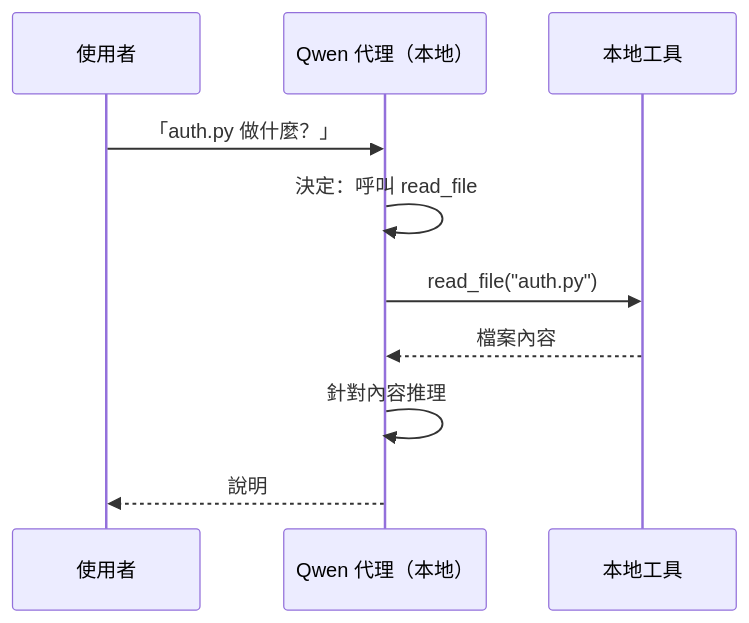
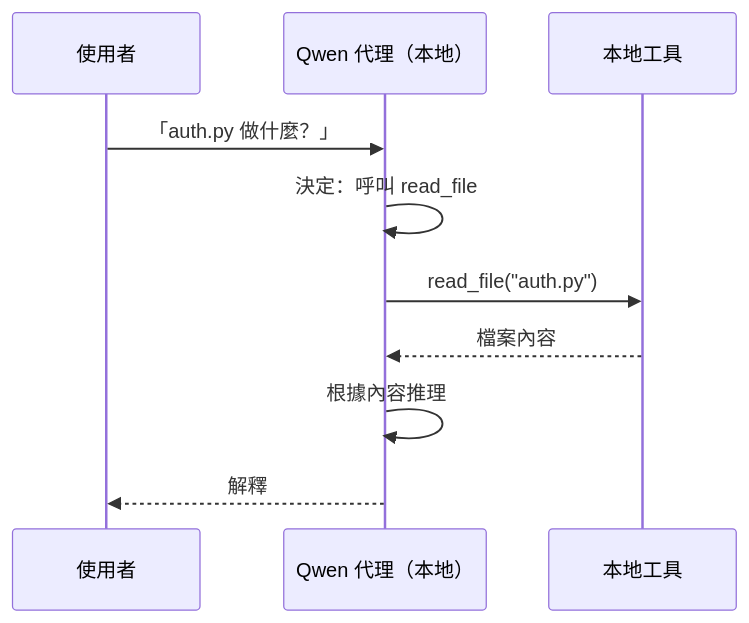
One commit to microsoft/ai-agents-for-beginners changed the second of 4 diagrams in translations/zh-TW/17-creating-local-ai-agents/README.md. Above: the diagram before and after it, drawn with Mermaid. The commit also changed other lines of this file and 44 other files, not shown here.

````diff
--- a/translations/zh-TW/17-creating-local-ai-agents/README.md
+++ b/translations/zh-TW/17-creating-local-ai-agents/README.md
@@ -106,12 +106,12 @@
 ```mermaid
 sequenceDiagram
     participant U as 使用者
     participant A as Qwen 代理（本地）
     participant T as 本地工具
     U->>A: 「auth.py 做什麼？」
     A->>A: 決定：呼叫 read_file
     A->>T: read_file("auth.py")
     T-->>A: 檔案內容
-    A->>A: 針對內容推理
-    A-->>U: 說明
+    A->>A: 根據內容推理
+    A-->>U: 解釋
 ```
````
